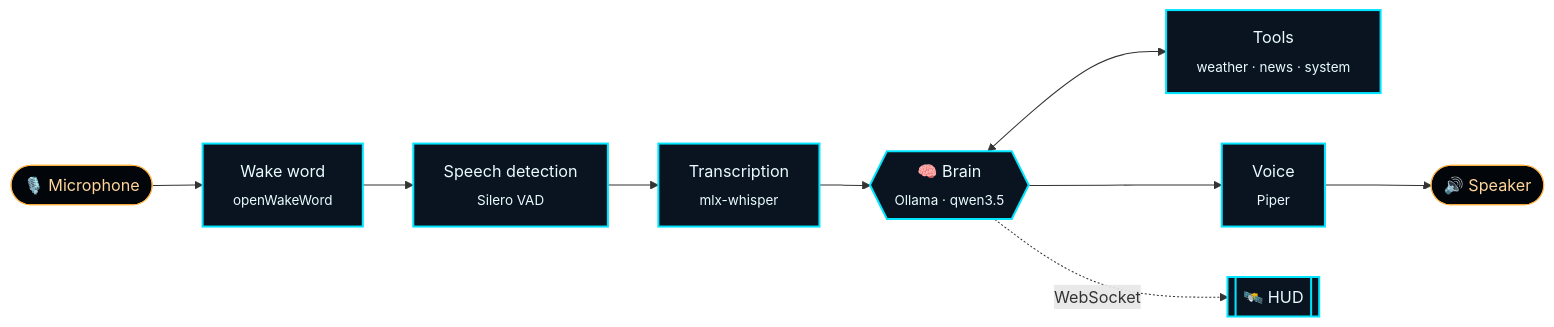
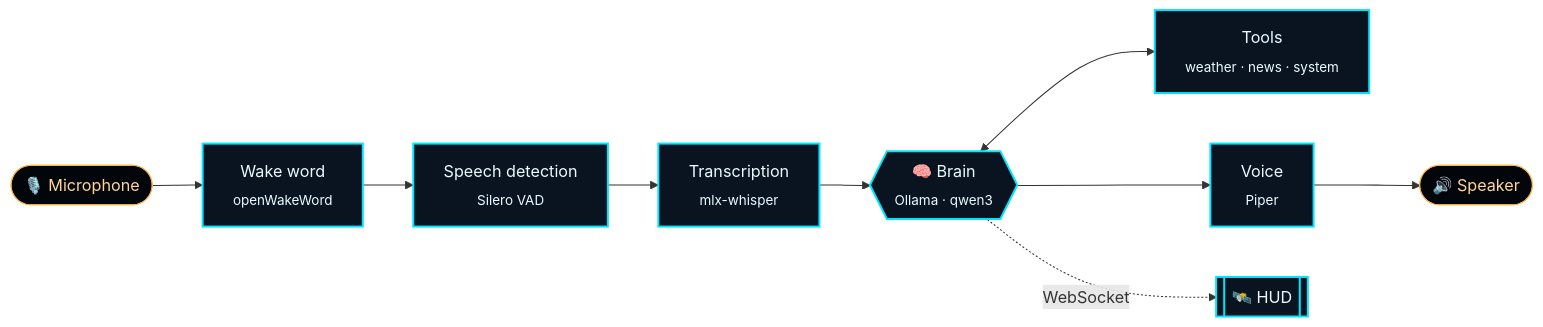
Before and after one commit to MichelleBudri/my-jarvis: the diagram in README.md, drawn with Mermaid. The commit also changed other lines of this file and 28 other files, not shown here.

````diff
--- a/README.md
+++ b/README.md
@@ -57,17 +57,17 @@
 ```mermaid
 flowchart LR
     MIC(["🎙️ Microphone"]) --> WAKE["Wake word<br/><sub>openWakeWord</sub>"]
     WAKE --> VAD["Speech detection<br/><sub>Silero VAD</sub>"]
     VAD --> STT["Transcription<br/><sub>mlx-whisper</sub>"]
-    STT --> LLM{{"🧠 Brain<br/><sub>Ollama · qwen3.5</sub>"}}
+    STT --> LLM{{"🧠 Brain<br/><sub>Ollama · qwen3</sub>"}}
     LLM <--> TOOLS["Tools<br/><sub>weather · news · system</sub>"]
     LLM --> TTS["Voice<br/><sub>Piper</sub>"]
     TTS --> SPK(["🔊 Speaker"])
     LLM -. WebSocket .-> HUD[["🛰️ HUD"]]
 
     classDef core fill:#0a1420,stroke:#00e5ff,color:#eafcff,stroke-width:2px
     classDef io fill:#02050a,stroke:#ffb340,color:#ffd59a
     class WAKE,VAD,STT,TOOLS,TTS,HUD core
     class LLM core
     class MIC,SPK io
 ```
````
